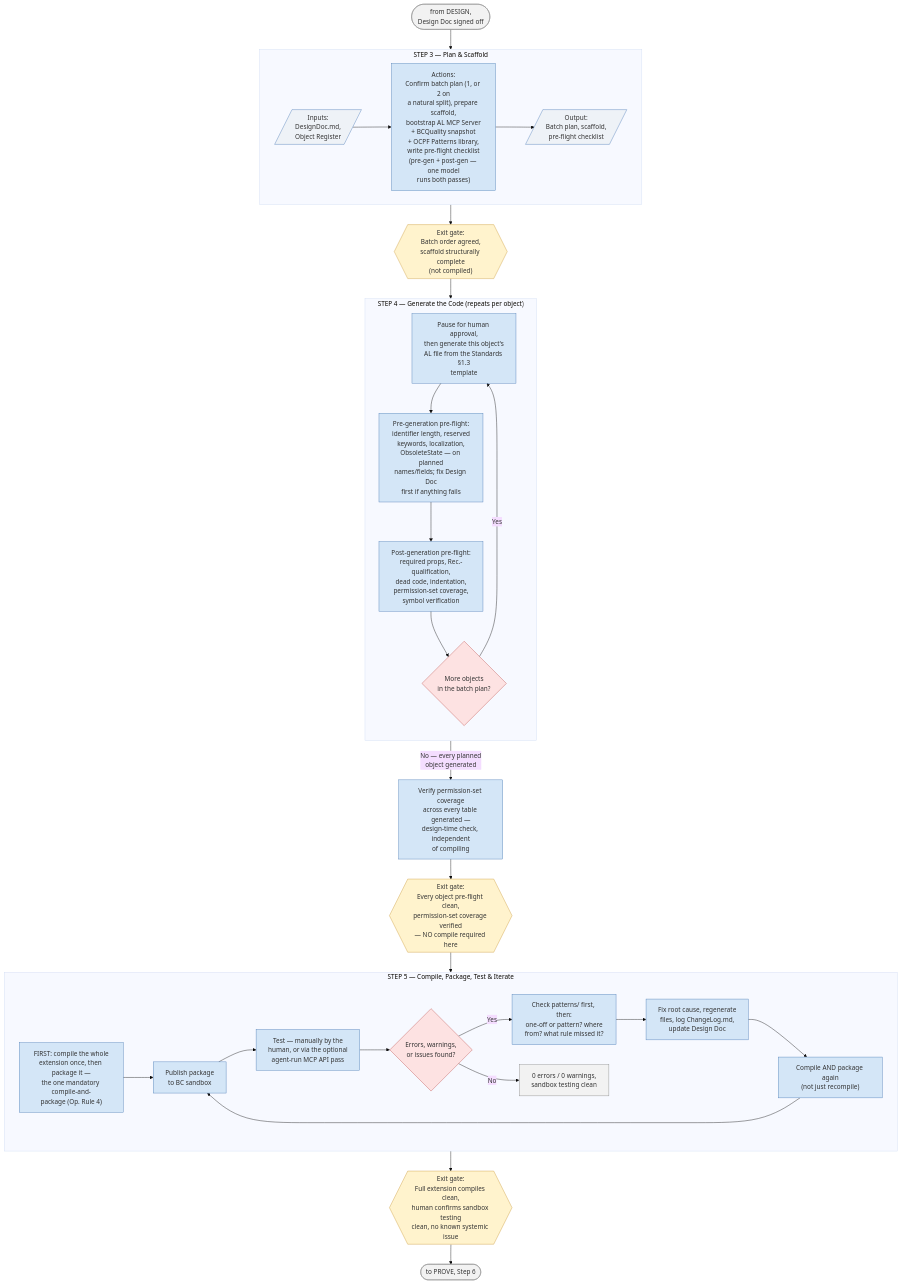
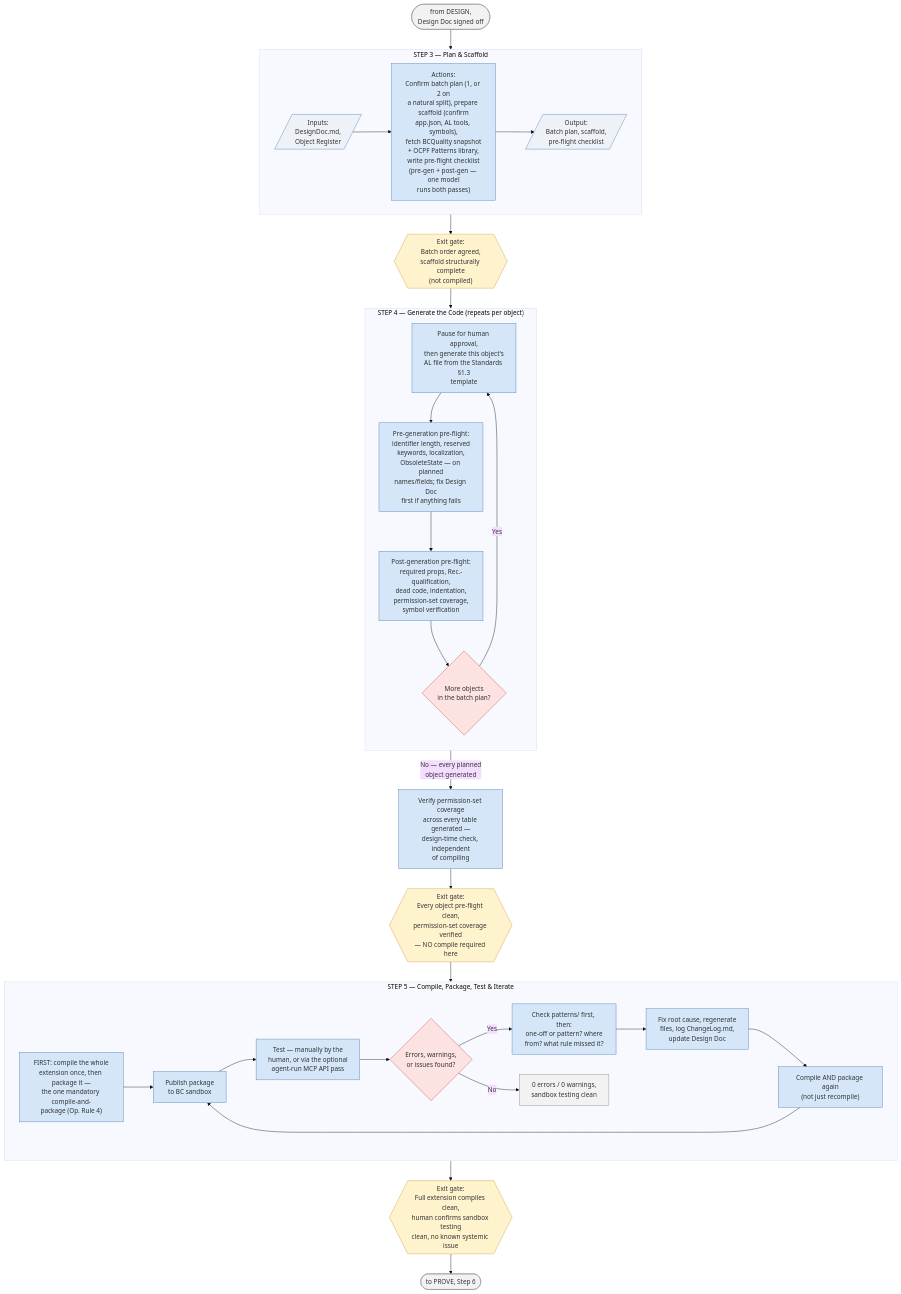
One commit to ajansari/ocpfBcAgenticDevFramework changed the fifth of 7 diagrams in liteVersion/LITE_RunbookSchematics.md. Above: the diagram before and after it, drawn with Mermaid (base theme). The commit also changed other lines of this file and 16 other files, not shown here.

````diff
--- a/liteVersion/LITE_RunbookSchematics.md
+++ b/liteVersion/LITE_RunbookSchematics.md
@@ -169,49 +169,49 @@
 ```mermaid
 flowchart TD
     Start(["from DESIGN,<br/>Design Doc signed off"]) --> S3
 
     subgraph S3["STEP 3 — Plan & Scaffold"]
         direction LR
-        In1[/"Inputs:<br/>DesignDoc.md,<br/>Object Register"/] --> Act1["Actions:<br/>Confirm batch plan (1, or 2 on<br/>a natural split), prepare scaffold,<br/>bootstrap AL MCP Server<br/>+ BCQuality snapshot<br/>+ OCPF Patterns library,<br/>write pre-flight checklist<br/>(pre-gen + post-gen — one model<br/>runs both passes)"] --> Out1[/"Output:<br/>Batch plan, scaffold,<br/>pre-flight checklist"/]
+        In1[/"Inputs:<br/>DesignDoc.md,<br/>Object Register"/] --> Act1["Actions:<br/>Confirm batch plan (1, or 2 on<br/>a natural split), prepare scaffold (confirm<br/>app.json, AL tools, symbols),<br/>fetch BCQuality snapshot<br/>+ OCPF Patterns library,<br/>write pre-flight checklist<br/>(pre-gen + post-gen — one model<br/>runs both passes)"] --> Out1[/"Output:<br/>Batch plan, scaffold,<br/>pre-flight checklist"/]
     end
     S3 --> Gate1{{"Exit gate:<br/>Batch order agreed,<br/>scaffold structurally complete<br/>(not compiled)"}}
 
     Gate1 --> S4
     subgraph S4["STEP 4 — Generate the Code (repeats per object)"]
         direction TB
         B1["Pause for human approval,<br/>then generate this object's<br/>AL file from the Standards §1.3<br/>template"]
         B1 --> PreGen["Pre-generation pre-flight:<br/>identifier length, reserved<br/>keywords, localization,<br/>ObsoleteState — on planned<br/>names/fields; fix Design Doc<br/>first if anything fails"]
         PreGen --> PostGen["Post-generation pre-flight:<br/>required props, Rec.-qualification,<br/>dead code, indentation,<br/>permission-set coverage,<br/>symbol verification"]
         PostGen --> MoreObjects{"More objects<br/>in the batch plan?"}
         MoreObjects -- "Yes" --> B1
     end
     MoreObjects -- "No — every planned<br/>object generated" --> PermVerify["Verify permission-set coverage<br/>across every table generated —<br/>design-time check, independent<br/>of compiling"]
     PermVerify --> Gate2{{"Exit gate:<br/>Every object pre-flight clean,<br/>permission-set coverage verified<br/>— NO compile required here"}}
 
     Gate2 --> S5
     subgraph S5["STEP 5 — Compile, Package, Test & Iterate"]
         direction LR
         Compile["FIRST: compile the whole<br/>extension once, then package it —<br/>the one mandatory compile-and-<br/>package (Op. Rule 4)"] --> Deploy["Publish package<br/>to BC sandbox"]
         Deploy --> Test["Test — manually by the<br/>human, or via the optional<br/>agent-run MCP API pass"]
         Test --> Q{"Errors, warnings,<br/>or issues found?"}
         Q -- "Yes" --> Diag["Check patterns/ first, then:<br/>one-off or pattern? where<br/>from? what rule missed it?"]
         Diag --> Fix["Fix root cause, regenerate<br/>files, log ChangeLog.md,<br/>update Design Doc"]
         Fix --> Repackage["Compile AND package again<br/>(not just recompile)"]
         Repackage --> Deploy
         Q -- "No" --> Clean["0 errors / 0 warnings,<br/>sandbox testing clean"]
     end
     Clean --> Gate3{{"Exit gate:<br/>Full extension compiles clean,<br/>human confirms sandbox testing<br/>clean, no known systemic issue"}}
 
     Gate3 --> Next(["to PROVE, Step 6"])
 
     classDef io fill:#eef2f7,stroke:#4a7ab5,stroke-width:1px;
     classDef act fill:#d4e6f7,stroke:#4a7ab5,stroke-width:1px;
     classDef gate fill:#fff3cd,stroke:#c99a3a,stroke-width:1px;
     classDef endpoint fill:#f2f2f2,stroke:#888,stroke-width:1px;
     classDef decision fill:#fde2e2,stroke:#c0504d,stroke-width:1px;
     class In1,Out1 io;
     class Act1,B1,PreGen,PostGen,PermVerify,Fix,Compile,Deploy,Test,Repackage,Diag act;
     class Gate1,Gate2,Gate3 gate;
     class Start,Next,Clean endpoint;
     class MoreObjects,Q decision;
 ```
````
